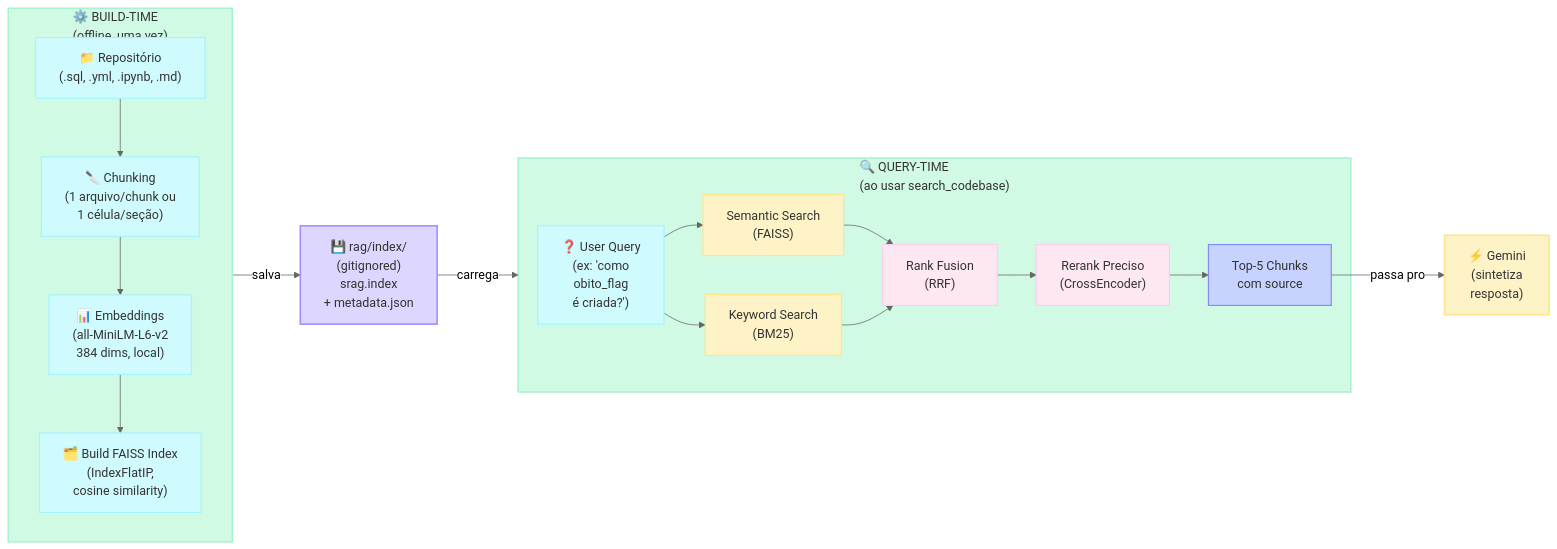
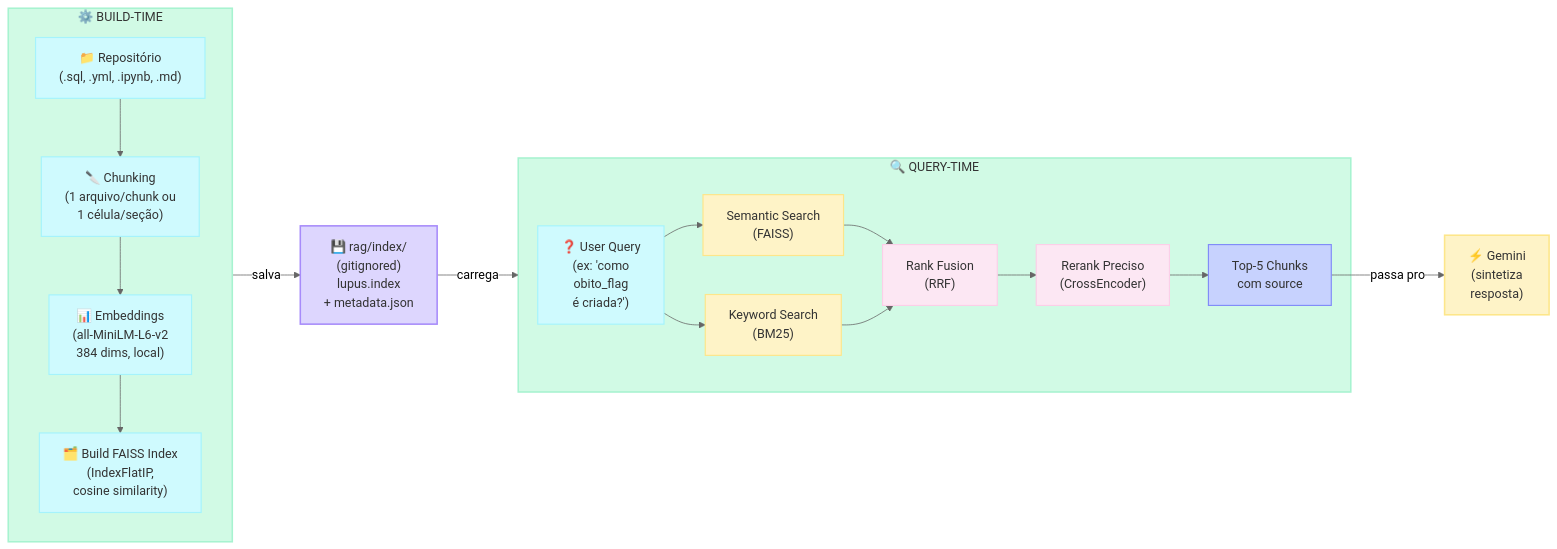
One commit to eduardo-ebdl/lupus changed the second of 2 diagrams in README.md. Above: the diagram before and after it, drawn with Mermaid (neutral theme). The commit also changed other lines of this file and 19 other files, not shown here.

````diff
--- a/README.md
+++ b/README.md
@@ -143,47 +143,47 @@
 ```mermaid
 flowchart LR
-    subgraph Build["⚙️ BUILD-TIME<br/>(offline, uma vez)"]
+    subgraph Build["⚙️ BUILD-TIME"]
         Repo["📁 Repositório<br/>(.sql, .yml, .ipynb, .md)"]
         Chunk["🔪 Chunking<br/>(1 arquivo/chunk ou<br/>1 célula/seção)"]
         Embed["📊 Embeddings<br/>(all-MiniLM-L6-v2<br/>384 dims, local)"]
         Index["🗂️ Build FAISS Index<br/>(IndexFlatIP,<br/>cosine similarity)"]
         
         Repo --> Chunk --> Embed --> Index
     end
     
-    Build -->|salva| Store["💾 rag/index/<br/>(gitignored)<br/>srag.index<br/>+ metadata.json"]
+    Build -->|salva| Store["💾 rag/index/<br/>(gitignored)<br/>lupus.index<br/>+ metadata.json"]
     
-    subgraph Query["🔍 QUERY-TIME<br/>(ao usar search_codebase)"]
+    subgraph Query["🔍 QUERY-TIME"]
         Input["❓ User Query<br/>(ex: 'como<br/>obito_flag<br/>é criada?')"]
         
         Semantic["Semantic Search<br/>(FAISS)"]
         Keyword["Keyword Search<br/>(BM25)"]
         Fusion["Rank Fusion<br/>(RRF)"]
         Rerank["Rerank Preciso<br/>(CrossEncoder)"]
         Result["Top-5 Chunks<br/>com source"]
         
         Input --> Semantic
         Input --> Keyword
         Semantic --> Fusion
         Keyword --> Fusion
         Fusion --> Rerank --> Result
     end
     
     Store -->|carrega| Query
     Result -->|passa pro| LLM["⚡ Gemini<br/>(sintetiza<br/>resposta)"]
     
     style Build fill:#d1fae5,stroke:#a7f3d0,stroke-width:2px,color:#333
     style Repo fill:#cffafe,stroke:#a5f3fc,stroke-width:1.5px,color:#333
     style Chunk fill:#cffafe,stroke:#a5f3fc,stroke-width:1.5px,color:#333
     style Embed fill:#cffafe,stroke:#a5f3fc,stroke-width:1.5px,color:#333
     style Index fill:#cffafe,stroke:#a5f3fc,stroke-width:1.5px,color:#333
     style Store fill:#ddd6fe,stroke:#a78bfa,stroke-width:2px,color:#333
     style Query fill:#d1fae5,stroke:#a7f3d0,stroke-width:2px,color:#333
     style Input fill:#cffafe,stroke:#a5f3fc,stroke-width:1.5px,color:#333
     style Semantic fill:#fef3c7,stroke:#fde68a,stroke-width:1.5px,color:#333
     style Keyword fill:#fef3c7,stroke:#fde68a,stroke-width:1.5px,color:#333
     style Fusion fill:#fce7f3,stroke:#fbcfe8,stroke-width:1.5px,color:#333
     style Rerank fill:#fce7f3,stroke:#fbcfe8,stroke-width:1.5px,color:#333
     style Result fill:#c7d2fe,stroke:#818cf8,stroke-width:1.5px,color:#333
     style LLM fill:#fef3c7,stroke:#fde68a,stroke-width:2px,color:#333
 ```
````
